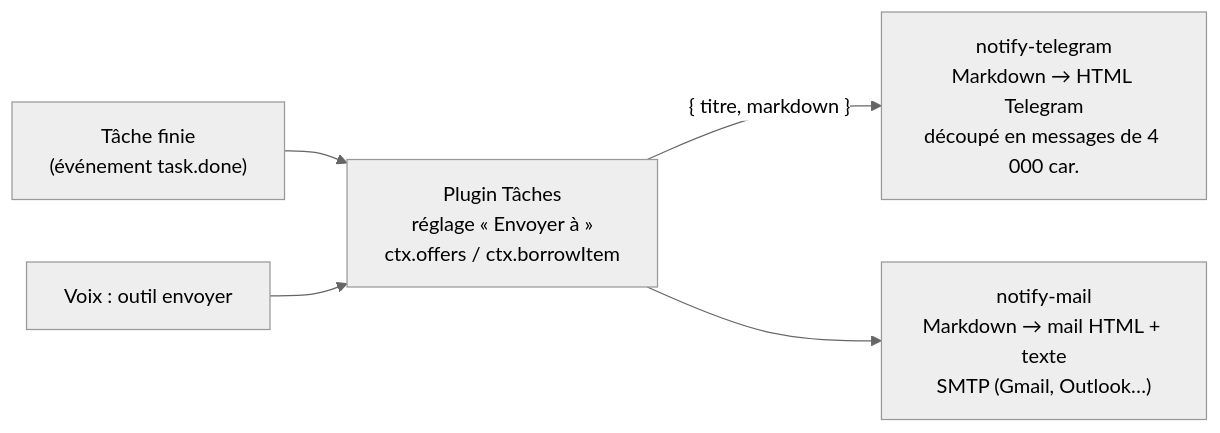
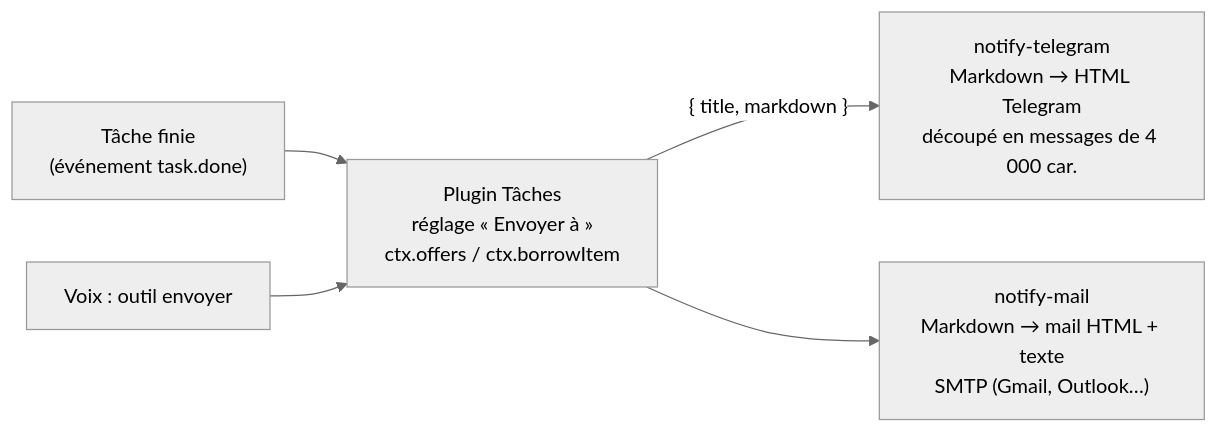
The diagram in docs/spec/notifications.md (gleborgne/floppy), drawn with Mermaid (neutral theme) before and after one commit. The commit also changed other lines of this file and 96 other files, not shown here.

````diff
--- a/docs/spec/notifications.md
+++ b/docs/spec/notifications.md
@@ -15,7 +15,7 @@
 ```mermaid
 flowchart LR
   T["Tâche finie<br/>(événement task.done)"] --> R
   V["Voix : outil envoyer"] --> R
-  R["Plugin Tâches<br/>réglage « Envoyer à »<br/>ctx.offers / ctx.borrowItem"] -- "{ titre, markdown }" --> TG["notify-telegram<br/>Markdown → HTML Telegram<br/>découpé en messages de 4 000 car."]
+  R["Plugin Tâches<br/>réglage « Envoyer à »<br/>ctx.offers / ctx.borrowItem"] -- "{ title, markdown }" --> TG["notify-telegram<br/>Markdown → HTML Telegram<br/>découpé en messages de 4 000 car."]
   R --> M["notify-mail<br/>Markdown → mail HTML + texte<br/>SMTP (Gmail, Outlook…)"]
 ```
````
